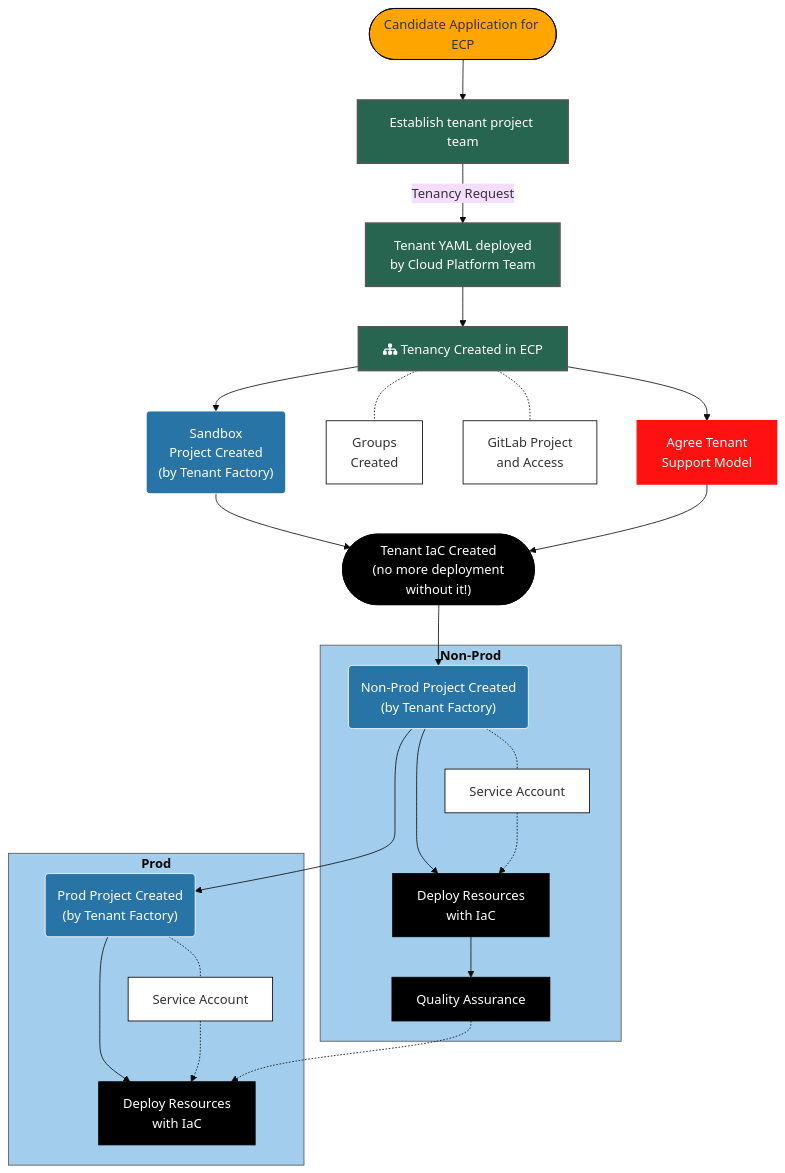
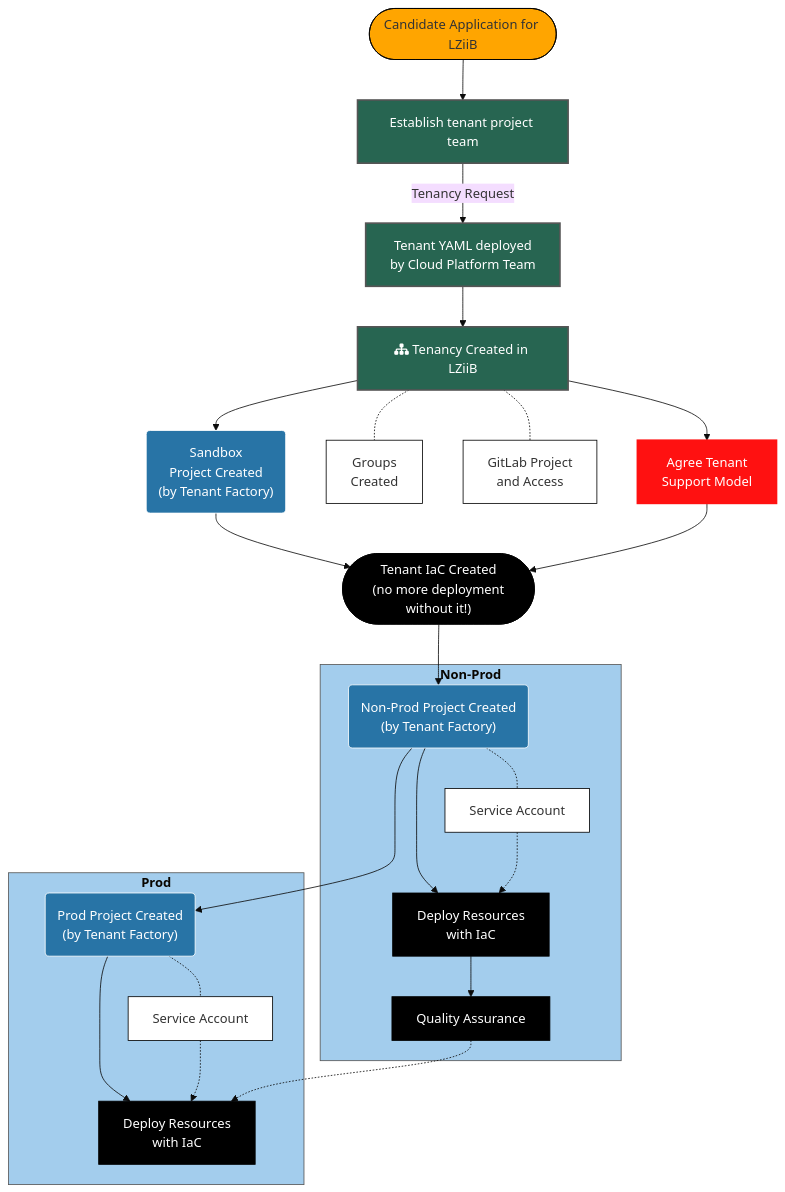
One commit to derailed-dash/demo-lz-docs changed the diagram in content/epam-lz/onboarding/getting-started.md. Above: the diagram before and after it, drawn with Mermaid (base theme). The commit also changed other lines of this file and 49 other files, not shown here.

```diff
--- a/content/epam-lz/onboarding/getting-started.md
+++ b/content/epam-lz/onboarding/getting-started.md
@@ -31,41 +31,41 @@
 {{<mermaid align="center">}}
 graph TB
-    Candidate([Candidate Application for ECP]) --> TenantReq[Establish tenant project team]
-    TenantReq -- Tenancy Request --> Tenant-YAML["Tenant YAML deployed<br/>by Cloud Platform Team"] --> Tenant[fa:fa-sitemap Tenancy Created in ECP]
+    Candidate([Candidate Application for LZiiB]) --> TenantReq[Establish tenant project team]
+    TenantReq -- Tenancy Request --> Tenant-YAML["Tenant YAML deployed<br/>by Cloud Platform Team"] --> Tenant[fa:fa-sitemap Tenancy Created in LZiiB]
     Tenant --> Support["Agree Tenant<br/> Support Model"]
     Tenant -.- Groups["Groups<br/> Created"]
     Tenant -.- GitLab["GitLab Project<br/> and Access"]
     Tenant --> Sbx("Sandbox<br/> Project Created<br/> (by Tenant Factory)")
     subgraph NPD ["<b>Non-Prod</b>"]
       Npd-Prj -.- Svc-Npd[Service Account]
       Npd-Prj --> Dep-Npd["Deploy Resources<br/> with IaC"]
       Svc-Npd -.-> Dep-Npd
       Dep-Npd --> QA["Quality Assurance"]
     end
     subgraph PRD ["<b>Prod</b>"]
       Npd-Prj --> Prd-Prj("Prod Project Created<br/> (by Tenant Factory)")
       Prd-Prj -.- Svc-Prd[Service Account]
       Prd-Prj --> Dep-Prd["Deploy Resources<br/> with IaC"]
       Svc-Prd -.-> Dep-Prd
     end
     Sbx --> Bar(["Tenant IaC Created<br/> (no more deployment without it!)"])
     Support --> Bar
     Bar --> Npd-Prj("Non-Prod Project Created<br/> (by Tenant Factory)")
     QA -.-> Dep-Prd
 
     classDef orange fill:#ffa500,stroke:black;
     classDef darkblue fill:#21618C,color:white,stroke:white,stroke-width:1px;
     classDef blue fill:#2874A6,stroke:#555,color:white,stroke:white,stroke-width:1px;
     classDef lightblue fill:#a3cded,stroke:#555;
     classDef green fill:#276551,color:white,stroke:#555,stroke-width:2px;
     classDef red fill:#ff1111,color:white,stroke:#ff1111,stroke-width:2px;
     classDef white-on-black fill:black,color:white,stroke:black;
     classDef default filL:white,stroke:black;
 
     class Candidate orange
     class TenantReq,Tenant,Tenant-YAML green
     class Support red
     class Sbx,Npd-Prj,Prd-Prj blue
     class NPD,PRD lightblue
     class Bar,Dep-Npd,Dep-Prd,QA white-on-black
 {{< /mermaid >}}
```
